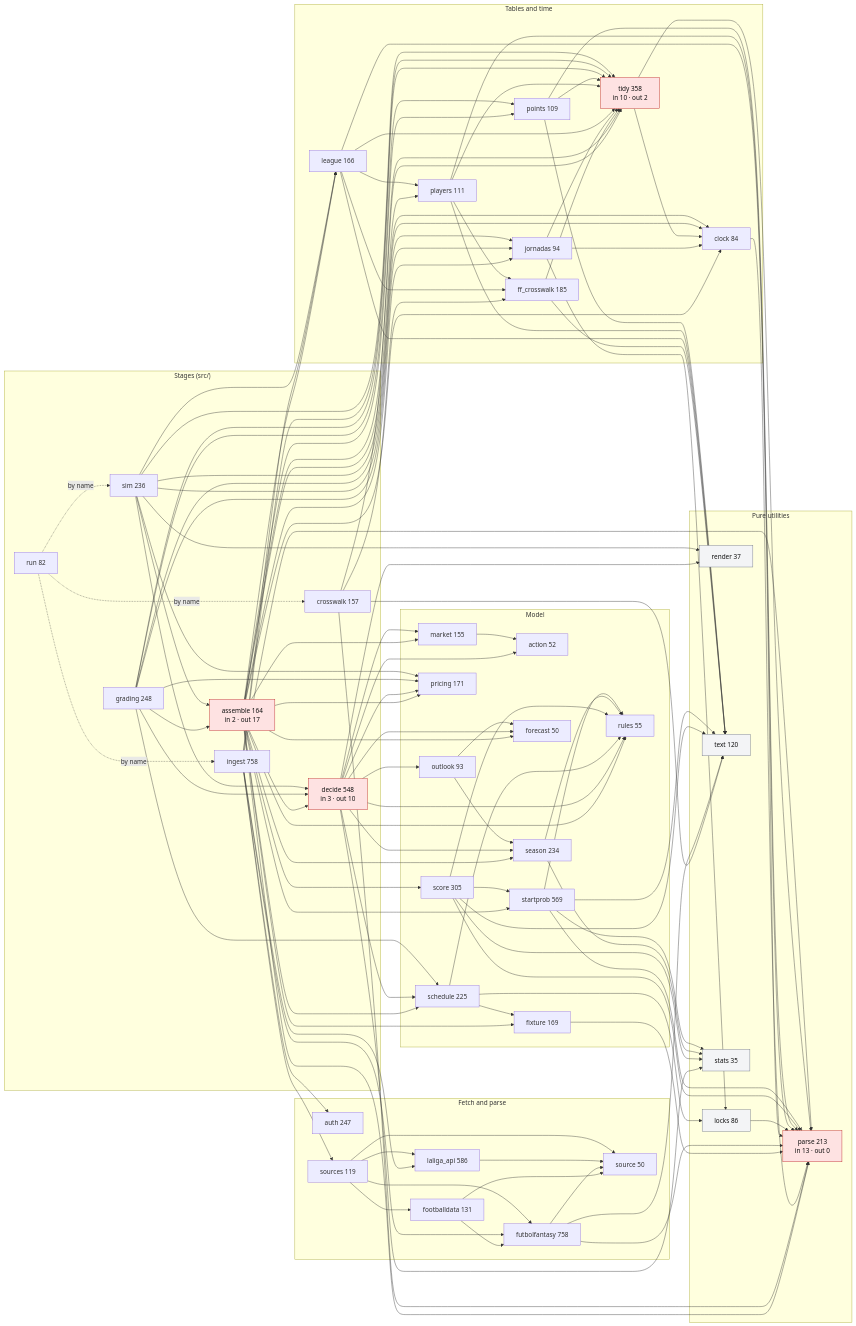
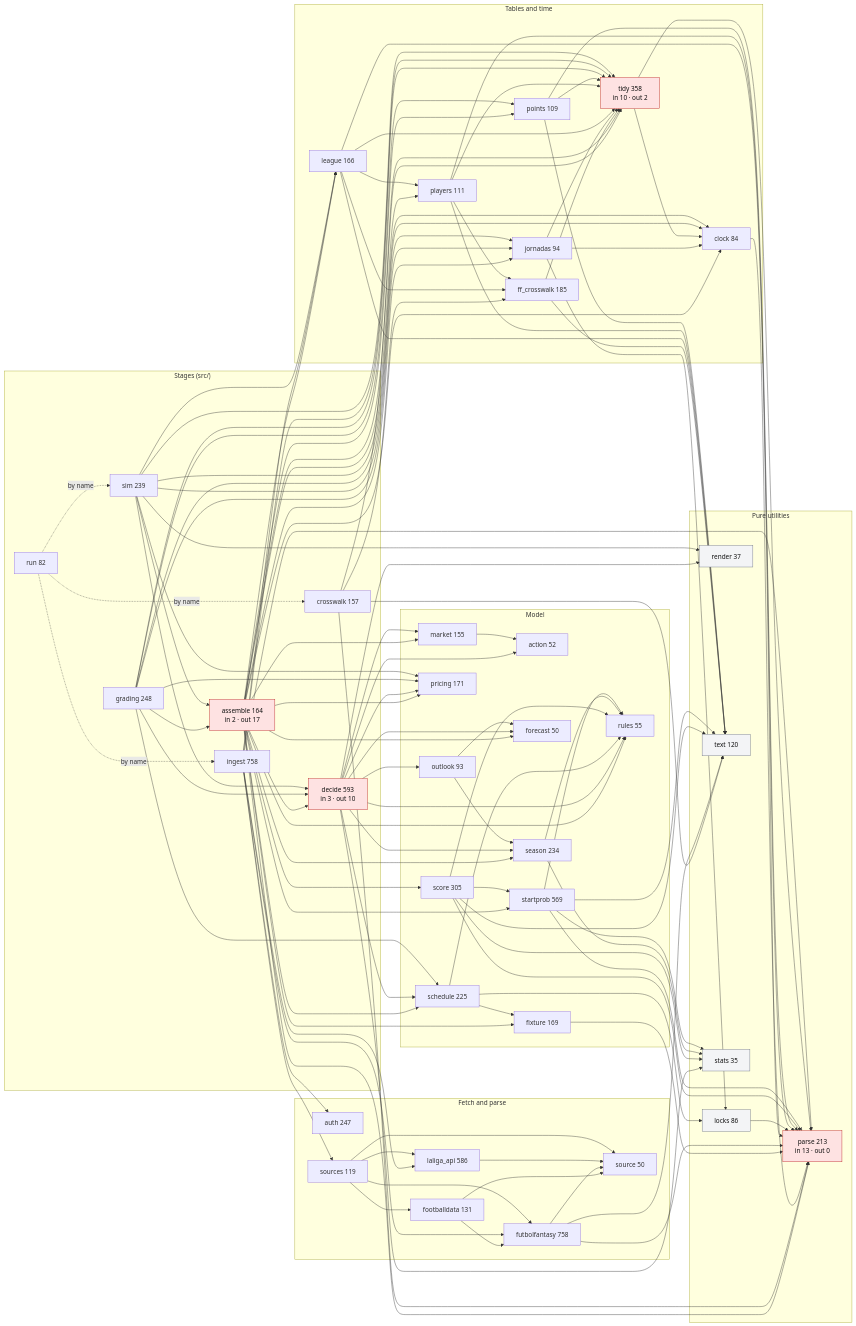
One commit to OrsM/liga_five_guys changed the diagram in docs/modules.mmd. Above: the diagram before and after it, drawn with Mermaid. The commit also changed 7 other files, not shown here.

```diff
--- a/docs/modules.mmd
+++ b/docs/modules.mmd
@@ -1,155 +1,155 @@
 flowchart LR
     classDef hub fill:#fee2e2,stroke:#b91c1c,color:#111
     classDef leaf fill:#f3f4f6,stroke:#6b7280,color:#111
     subgraph stages["Stages (src/)"]
         assemble["assemble 164<br/>in 2 · out 17"]:::hub
         crosswalk["crosswalk 157"]
-        decide["decide 548<br/>in 3 · out 10"]:::hub
+        decide["decide 593<br/>in 3 · out 10"]:::hub
         grading["grading 248"]
         ingest["ingest 758"]
         run["run 82"]
-        sim["sim 236"]
+        sim["sim 239"]
     end
     subgraph fetch["Fetch and parse"]
         auth["auth 247"]
         footballdata["footballdata 131"]
         futbolfantasy["futbolfantasy 758"]
         laliga_api["laliga_api 586"]
         source["source 50"]
         sources["sources 119"]
     end
     subgraph data["Tables and time"]
         clock["clock 84"]
         ff_crosswalk["ff_crosswalk 185"]
         jornadas["jornadas 94"]
         league["league 166"]
         players["players 111"]
         points["points 109"]
         tidy["tidy 358<br/>in 10 · out 2"]:::hub
     end
     subgraph model["Model"]
         action["action 52"]
         fixture["fixture 169"]
         forecast["forecast 50"]
         market["market 155"]
         outlook["outlook 93"]
         pricing["pricing 171"]
         rules["rules 55"]
         schedule["schedule 225"]
         score["score 305"]
         season["season 234"]
         startprob["startprob 569"]
     end
     subgraph util["Pure utilities"]
         locks["locks 86"]:::leaf
         parse["parse 213<br/>in 13 · out 0"]:::hub
         render["render 37"]:::leaf
         text["text 120"]:::leaf
         stats["stats 35"]:::leaf
     end
     run -. "by name" .-> ingest
     run -. "by name" .-> crosswalk
     run -. "by name" .-> sim
     assemble --> decide
     assemble --> clock
     assemble --> fixture
     assemble --> forecast
     assemble --> jornadas
     assemble --> league
     assemble --> market
     assemble --> parse
     assemble --> players
     assemble --> points
     assemble --> pricing
     assemble --> rules
     assemble --> schedule
     assemble --> score
     assemble --> season
     assemble --> startprob
     assemble --> tidy
     crosswalk --> ff_crosswalk
     crosswalk --> parse
     crosswalk --> text
     crosswalk --> tidy
     decide --> action
     decide --> forecast
     decide --> market
     decide --> outlook
     decide --> pricing
     decide --> render
     decide --> rules
     decide --> schedule
     decide --> season
     decide --> stats
     clock --> parse
     ff_crosswalk --> text
     ff_crosswalk --> tidy
     fixture --> parse
     footballdata --> futbolfantasy
     footballdata --> source
     futbolfantasy --> parse
     futbolfantasy --> source
     futbolfantasy --> text
     jornadas --> clock
     jornadas --> locks
     jornadas --> tidy
     laliga_api --> source
     league --> ff_crosswalk
     league --> parse
     league --> players
     league --> text
     league --> tidy
     locks --> parse
     market --> action
     outlook --> forecast
     outlook --> season
     players --> ff_crosswalk
     players --> parse
     players --> text
     players --> tidy
     points --> parse
     points --> text
     points --> tidy
     schedule --> fixture
     schedule --> locks
     schedule --> rules
     score --> parse
     score --> rules
     score --> startprob
     score --> text
     score --> stats
     season --> rules
     season --> stats
     startprob --> parse
     startprob --> rules
     startprob --> text
     startprob --> stats
     tidy --> clock
     tidy --> parse
     grading --> assemble
     grading --> decide
     grading --> clock
     grading --> jornadas
     grading --> points
     grading --> pricing
     grading --> schedule
     grading --> tidy
     ingest --> auth
     ingest --> futbolfantasy
     ingest --> laliga_api
     ingest --> league
     ingest --> parse
     ingest --> tidy
     ingest --> sources
     sim --> assemble
     sim --> decide
     sim --> clock
     sim --> jornadas
     sim --> league
     sim --> pricing
     sim --> render
     sim --> tidy
     sources --> footballdata
     sources --> futbolfantasy
     sources --> laliga_api
     sources --> source
```
